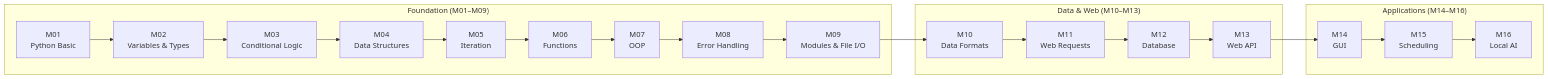
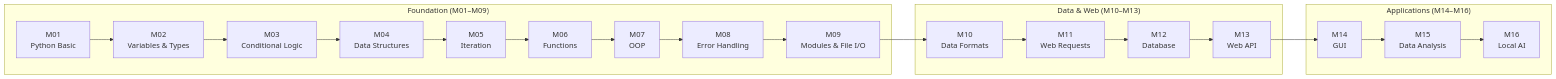
Before and after one commit to kevinju0827/Python-Zero-to-One: the diagram in README.md, drawn with Mermaid. The commit also changed other lines of this file and 8 other files, not shown here.

````diff
--- a/README.md
+++ b/README.md
@@ -73,24 +73,24 @@
 ```mermaid
 graph LR
     subgraph "Foundation (M01–M09)"
         M01["M01\nPython Basic"] --> M02["M02\nVariables & Types"]
         M02 --> M03["M03\nConditional Logic"]
         M03 --> M04["M04\nData Structures"]
         M04 --> M05["M05\nIteration"]
         M05 --> M06["M06\nFunctions"]
         M06 --> M07["M07\nOOP"]
         M07 --> M08["M08\nError Handling"]
         M08 --> M09["M09\nModules & File I/O"]
     end
     subgraph "Data & Web (M10–M13)"
         M09 --> M10["M10\nData Formats"]
         M10 --> M11["M11\nWeb Requests"]
         M11 --> M12["M12\nDatabase"]
         M12 --> M13["M13\nWeb API"]
     end
     subgraph "Applications (M14–M16)"
         M13 --> M14["M14\nGUI"]
-        M14 --> M15["M15\nScheduling"]
+        M14 --> M15["M15\nData Analysis"]
         M15 --> M16["M16\nLocal AI"]
     end
 ```
````
